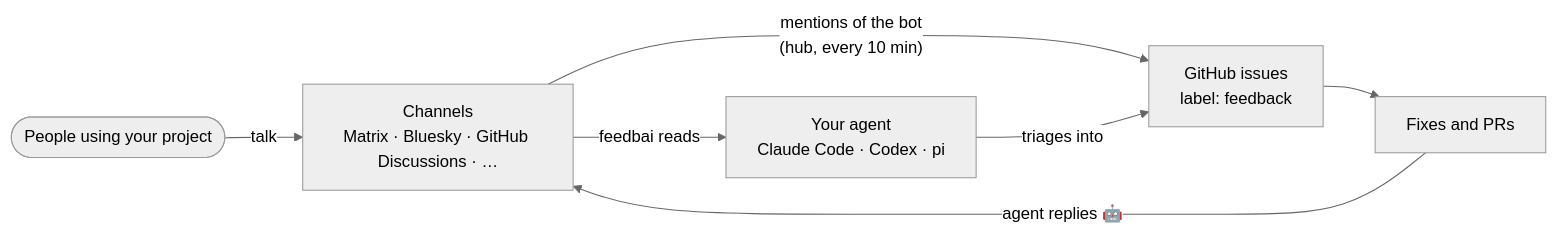
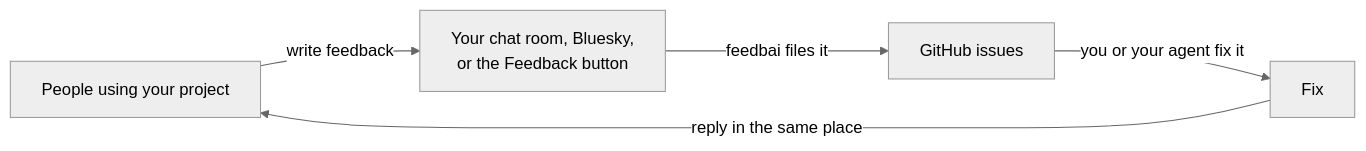
One commit to internet4000/feedbai changed the diagram in README.md. Above: the diagram before and after it, drawn with Mermaid (neutral theme). The commit also changed other lines of this file and 7 other files, not shown here.

````diff
--- a/README.md
+++ b/README.md
@@ -5,9 +5,7 @@
 ```mermaid
 flowchart LR
-  users(["People using your project"]) -->|talk| channels["Channels<br/>Matrix · Bluesky · GitHub Discussions · …"]
-  channels -->|feedbai reads| agent["Your agent<br/>Claude Code · Codex · pi"]
-  channels -->|"mentions of the bot<br/>(hub, every 10 min)"| issues["GitHub issues<br/>label: feedback"]
-  agent -->|triages into| issues
-  issues --> prs["Fixes and PRs"]
-  prs -->|"agent replies 🤖"| channels
+  people["People using your project"] -->|"write feedback"| places["Your chat room, Bluesky,<br/>or the Feedback button"]
+  places -->|"feedbai files it"| issues["GitHub issues"]
+  issues -->|"you or your agent fix it"| fix["Fix"]
+  fix -->|"reply in the same place"| people
 ```
````
